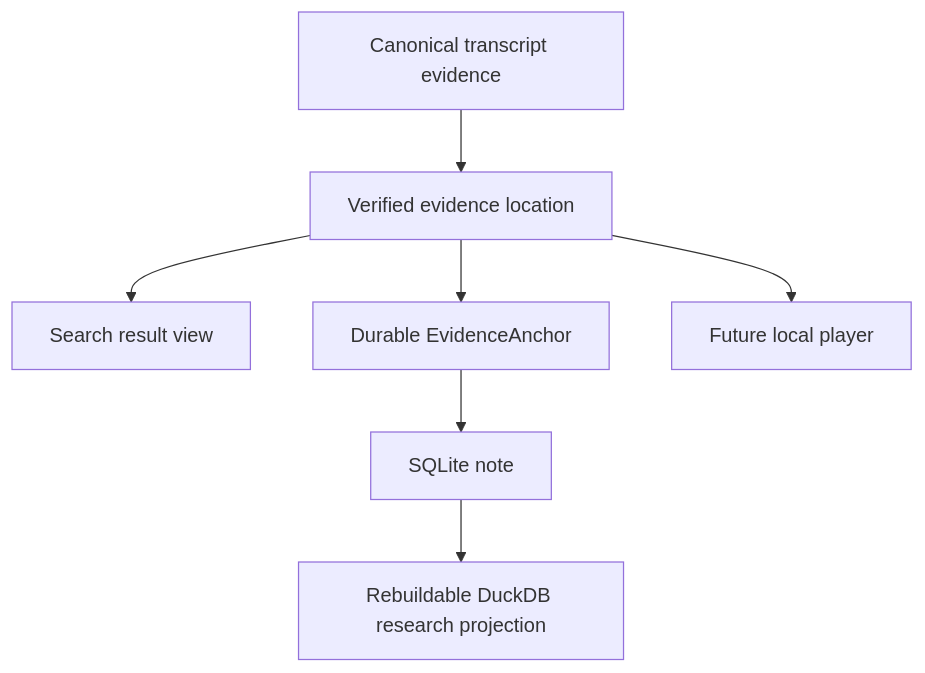
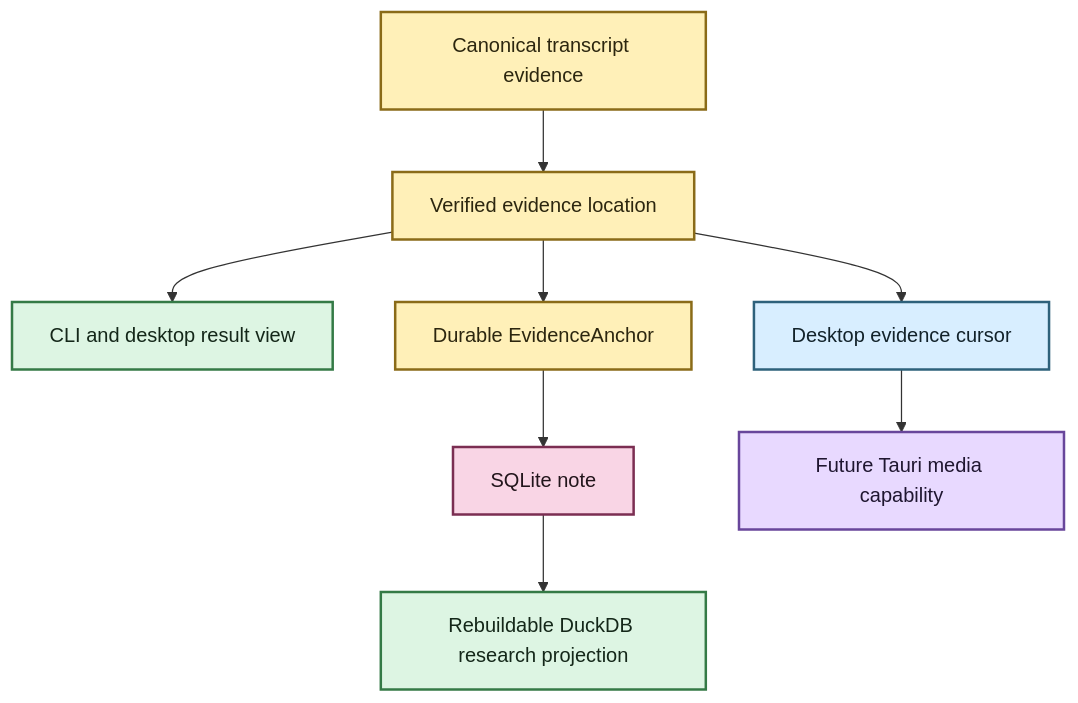
Before and after one commit to SSD1805/EchoFlow: the second of 2 diagrams in docs/evidence-navigation.md, drawn with Mermaid. The commit also changed other lines of this file, not shown here.

Commit message:
docs: refresh evidence navigation for desktop reader

````diff
--- a/docs/evidence-navigation.md
+++ b/docs/evidence-navigation.md
@@ -182,9 +199,22 @@
 ```mermaid
 flowchart TD
     A[Canonical transcript evidence] --> B[Verified evidence location]
-    B --> C[Search result view]
+    B --> C[CLI and desktop result view]
     B --> D[Durable EvidenceAnchor]
     D --> E[SQLite note]
     E --> F[Rebuildable DuckDB research projection]
-    B --> G[Future local player]
+    B --> G[Desktop evidence cursor]
+    G --> H[Future Tauri media capability]
+
+    classDef evidence fill:#FFF0B8,stroke:#8A6B18,stroke-width:2px,color:#2C260F
+    classDef source fill:#F9D5E5,stroke:#7B2E52,stroke-width:2px,color:#22151B
+    classDef view fill:#DDF5E3,stroke:#347A46,stroke-width:2px,color:#142719
+    classDef inspect fill:#D8EEFF,stroke:#2E617B,stroke-width:2px,color:#12222A
+    classDef process fill:#E8D9FF,stroke:#68469B,stroke-width:2px,color:#1F1630
+
+    class A,B,D evidence
+    class E source
+    class C,F view
+    class G inspect
+    class H process
 ```
````
